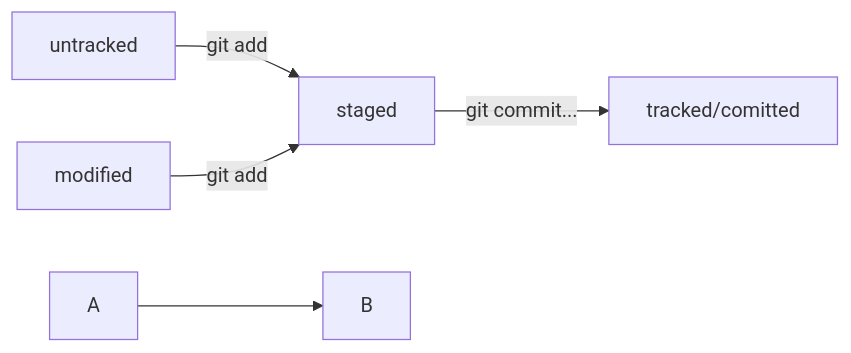
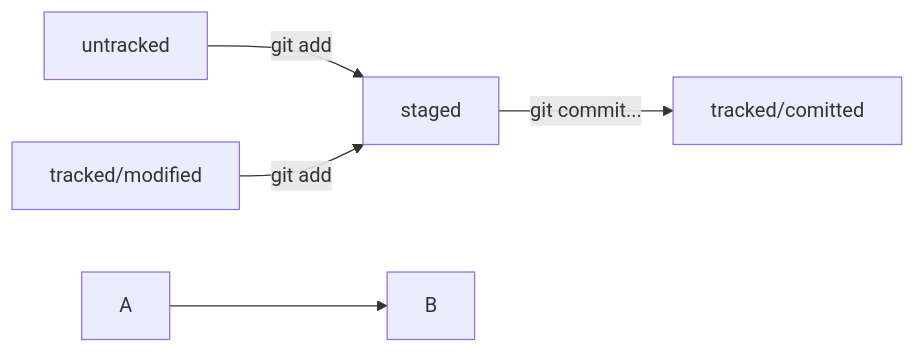
One commit to BSV-68/learning-git changed the diagram in th6-lesson2.md. Above: the diagram before and after it, drawn with Mermaid.

Commit message:
th6-lesson2, коррекция 9

````diff
--- a/th6-lesson2.md
+++ b/th6-lesson2.md
@@ -52,9 +52,9 @@
 ```mermaid
 graph LR;
-  untracked -- "git add" --> staged;
-  modified -- "git add" --> staged;
+  untracked -- " git add " --> staged;
+  tracked/modified -- " git add " --> staged;
   staged -- "git commit..." --> tracked/comitted;
 
 %% стрелка без текста для примера: 
   A --> B;
 ``` 
````
